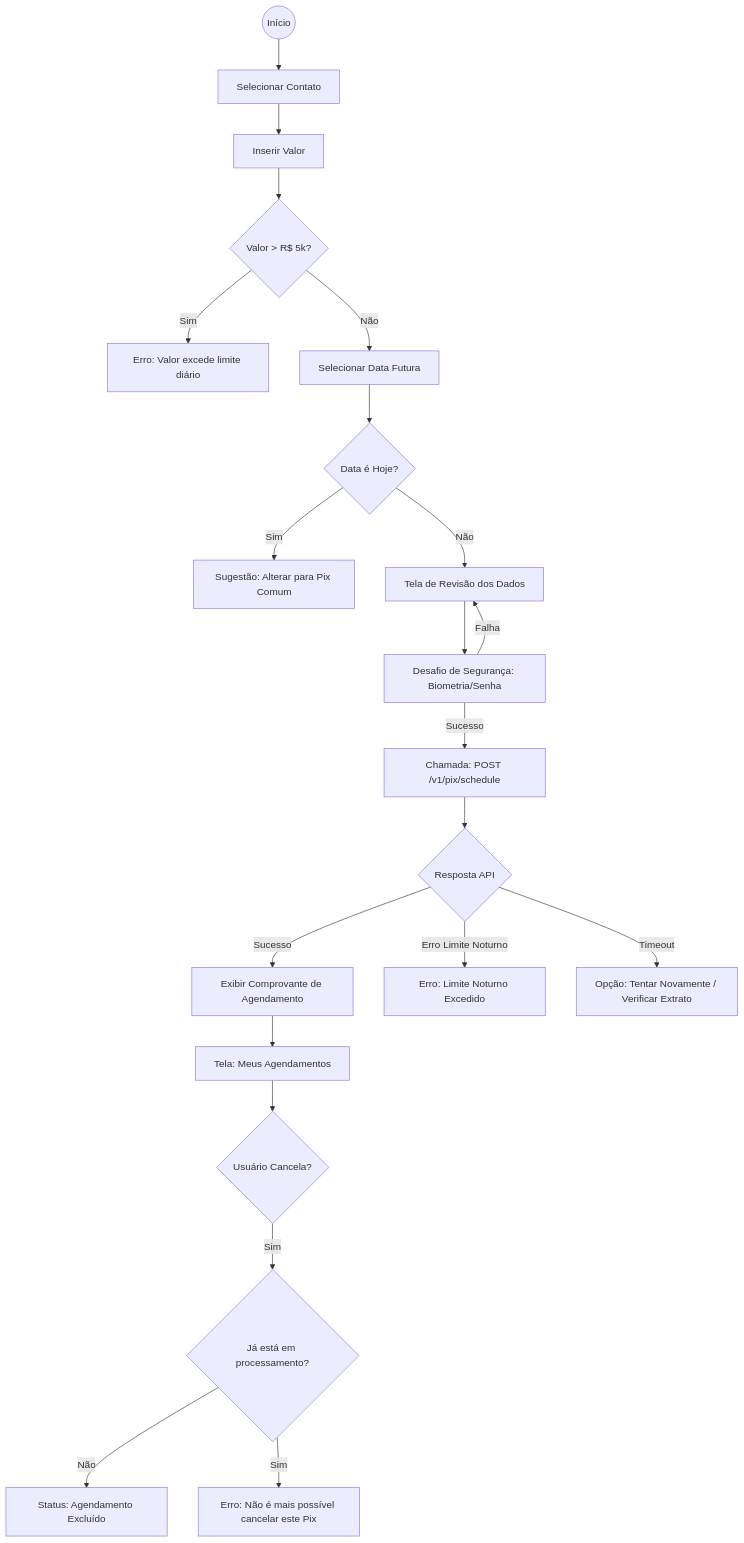
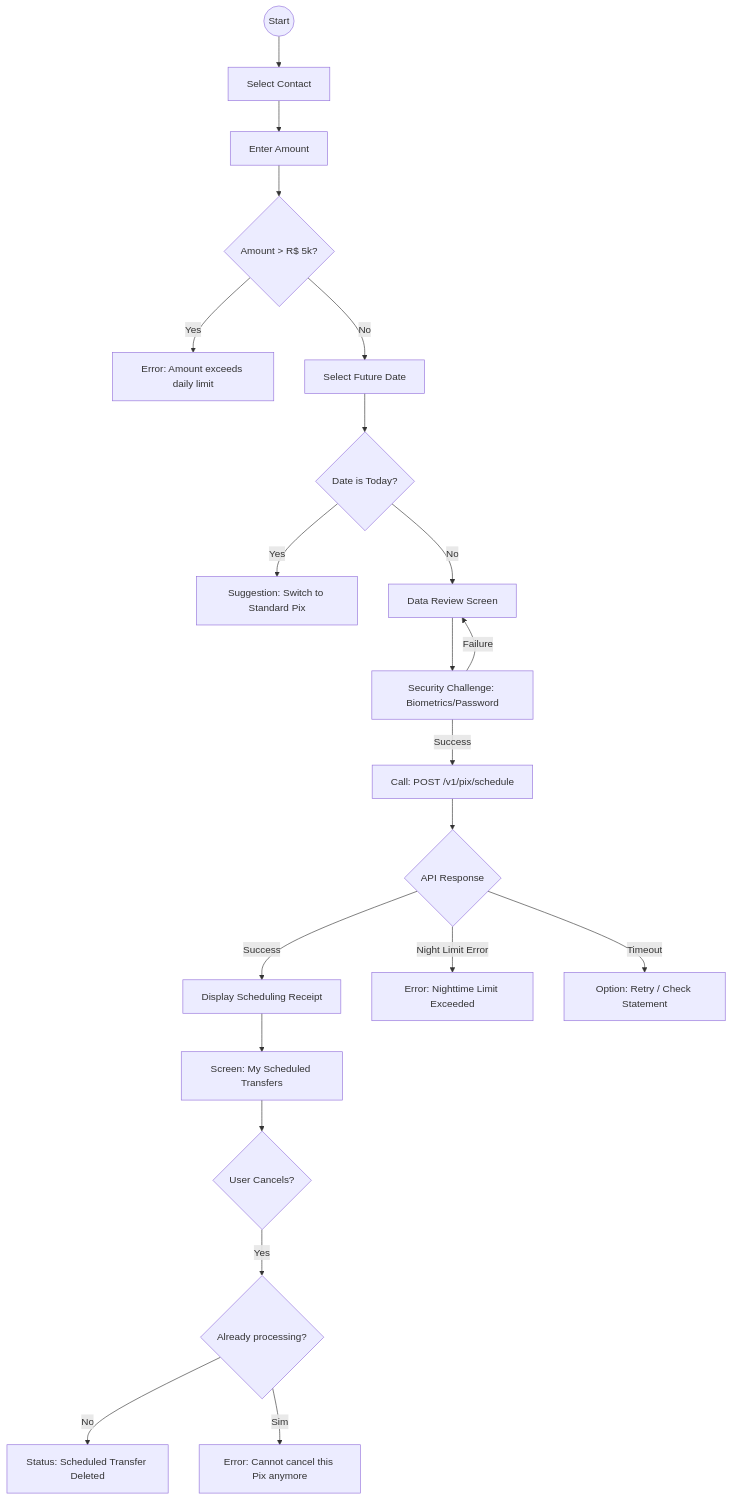
Before and after one commit to amandamc4/AI-Program: the diagram in Part5/modulo-1/report/refinamento-pix-aula-1.md, drawn with Mermaid. The commit also changed other lines of this file and 52 other files, not shown here.

````diff
--- a/Part5/modulo-1/report/refinamento-pix-aula-1.md
+++ b/Part5/modulo-1/report/refinamento-pix-aula-1.md
@@ -38,28 +38,28 @@
 ```mermaid
 graph TD
-    Start((Início)) --> SelectContact[Selecionar Contato]
-    SelectContact --> InputValue[Inserir Valor]
-    
-    InputValue --> CheckLimit{Valor > R$ 5k?}
-    CheckLimit -- Sim --> ErrorLimit[Erro: Valor excede limite diário]
-    CheckLimit -- Não --> SelectDate[Selecionar Data Futura]
-    
-    SelectDate --> CheckDate{Data é Hoje?}
-    CheckDate -- Sim --> SwitchFlow[Sugestão: Alterar para Pix Comum]
-    CheckDate -- Não --> Review[Tela de Revisão dos Dados]
-    
-    Review --> AuthChallenge[Desafio de Segurança: Biometria/Senha]
-    AuthChallenge -- Falha --> Review
-    AuthChallenge -- Sucesso --> APIRequest[Chamada: POST /v1/pix/schedule]
-    
-    APIRequest --> Response{Resposta API}
-    Response -- Sucesso --> Receipt[Exibir Comprovante de Agendamento]
-    Response -- Erro Limite Noturno --> ErrorNight[Erro: Limite Noturno Excedido]
-    Response -- Timeout --> Retry[Opção: Tentar Novamente / Verificar Extrato]
-    
-    Receipt --> List[Tela: Meus Agendamentos]
-    List --> CancelAction{Usuário Cancela?}
-    CancelAction -- Sim --> CancelLock{Já está em processamento?}
-    CancelLock -- Não --> CancelSuccess[Status: Agendamento Excluído]
-    CancelLock -- Sim --> CancelFail[Erro: Não é mais possível cancelar este Pix]
+Start((Start)) --> SelectContact[Select Contact]
+SelectContact --> InputValue[Enter Amount]
+
+InputValue --> CheckLimit{Amount > R$ 5k?}
+CheckLimit -- Yes --> ErrorLimit[Error: Amount exceeds daily limit]
+CheckLimit -- No --> SelectDate[Select Future Date]
+
+SelectDate --> CheckDate{Date is Today?}
+CheckDate -- Yes --> SwitchFlow[Suggestion: Switch to Standard Pix]
+CheckDate -- No --> Review[Data Review Screen]
+
+Review --> AuthChallenge[Security Challenge: Biometrics/Password]
+AuthChallenge -- Failure --> Review
+AuthChallenge -- Success --> APIRequest[Call: POST /v1/pix/schedule]
+
+APIRequest --> Response{API Response}
+Response -- Success --> Receipt[Display Scheduling Receipt]
+Response -- Night Limit Error --> ErrorNight[Error: Nighttime Limit Exceeded]
+Response -- Timeout --> Retry[Option: Retry / Check Statement]
+
+Receipt --> List[Screen: My Scheduled Transfers]
+List --> CancelAction{User Cancels?}
+CancelAction -- Yes --> CancelLock{Already processing?}
+CancelLock -- No --> CancelSuccess[Status: Scheduled Transfer Deleted]
+CancelLock -- Sim --> CancelFail[Error: Cannot cancel this Pix anymore]
 ```
````
